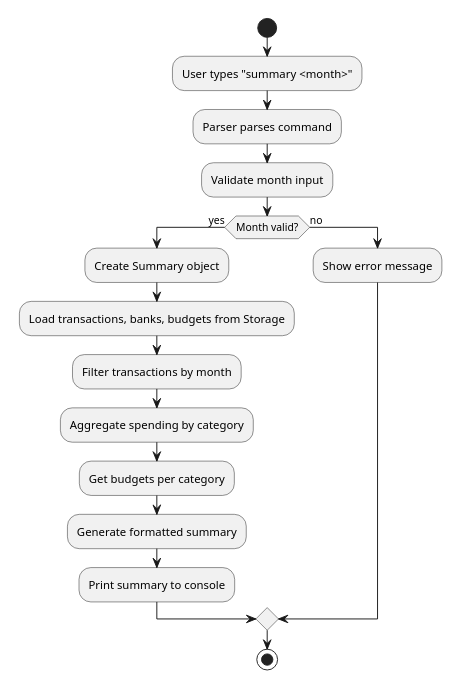
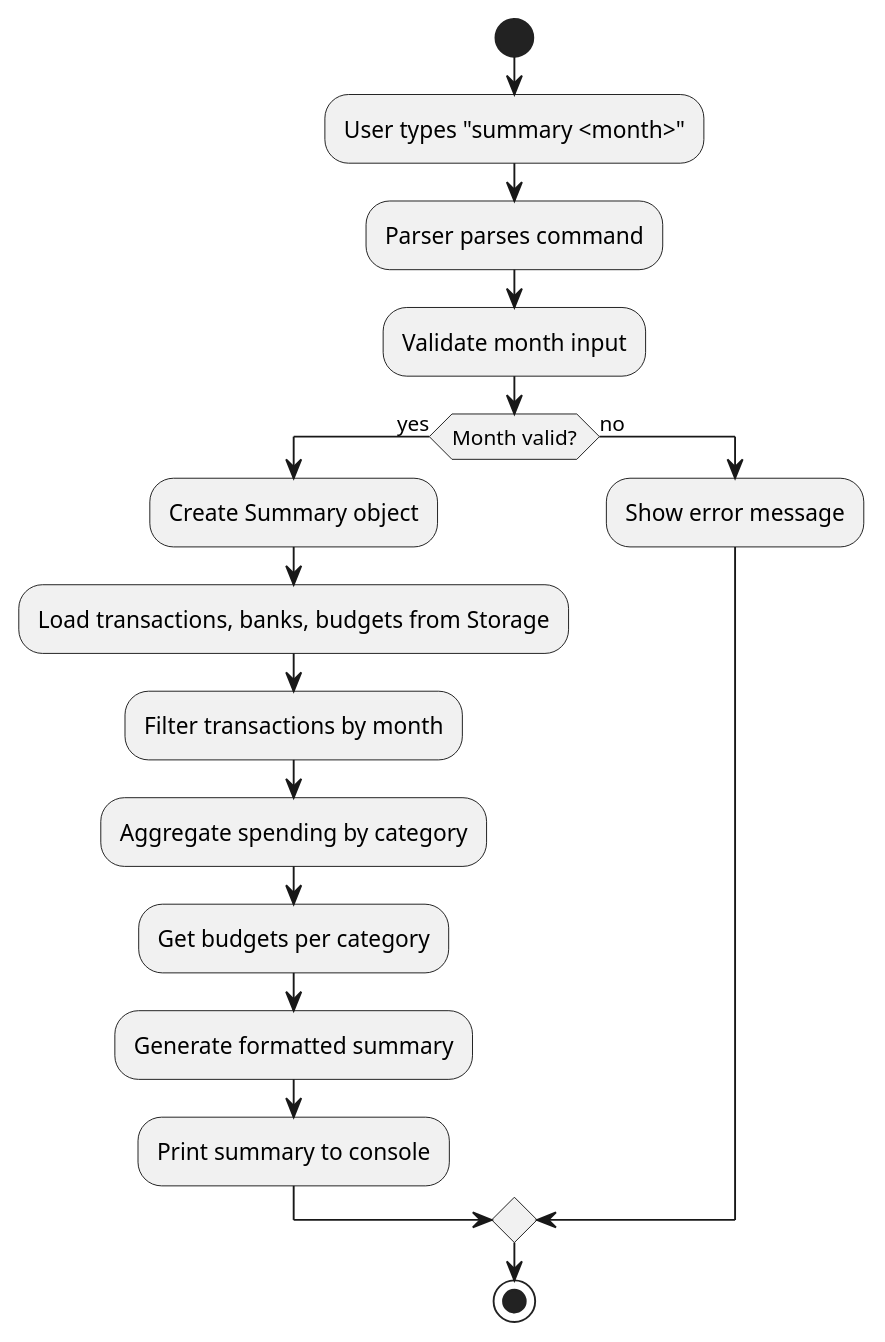
Before and after one commit to AY2526S1-CS2113-W10-2/tp: the diagram in docs/team/SummaryFeature/SummaryActivity.puml, drawn with PlantUML. The commit also changed 5 other files, not shown here.

Commit message:
Modify DeveloperGuide to scale diagrams

```diff
--- a/docs/team/SummaryFeature/SummaryActivity.puml
+++ b/docs/team/SummaryFeature/SummaryActivity.puml
@@ -1,19 +1,19 @@
 @startuml
-scale 0.5
+scale 1
 start
 :User types "summary <month>";
 :Parser parses command;
 :Validate month input;
 if (Month valid?) then (yes)
   :Create Summary object;
   :Load transactions, banks, budgets from Storage;
   :Filter transactions by month;
   :Aggregate spending by category;
   :Get budgets per category;
   :Generate formatted summary;
   :Print summary to console;
 else (no)
   :Show error message;
 endif
 stop
 @enduml
```
